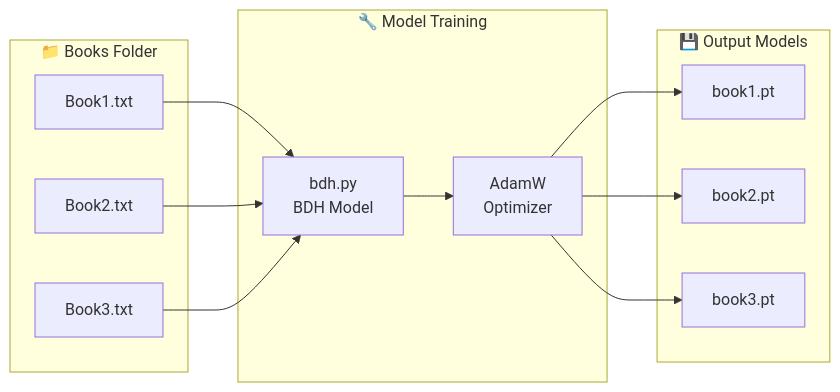
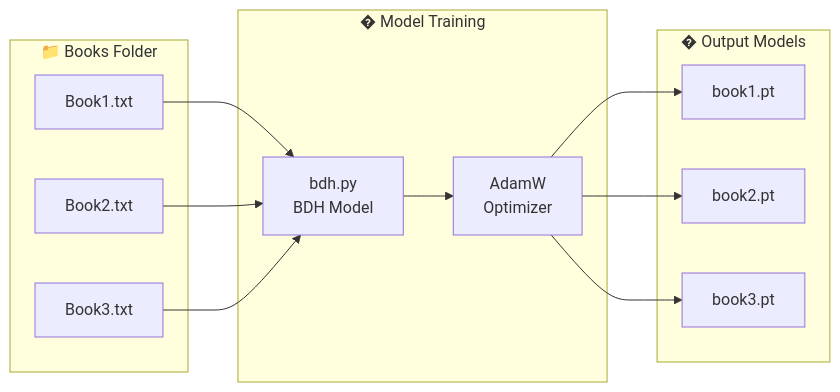
One commit to knalins/kgp_hackathon_dvnkr changed the second of 5 diagrams in README.md. Above: the diagram before and after it, drawn with Mermaid. The commit also changed other lines of this file, not shown here.

````diff
--- a/README.md
+++ b/README.md
@@ -5,27 +62,27 @@
 ```mermaid
 flowchart LR
     subgraph Books["📁 Books Folder"]
         B1[Book1.txt]
         B2[Book2.txt]
         B3[Book3.txt]
     end
 
-    subgraph Training["🔧 Model Training"]
+    subgraph Training["� Model Training"]
         BDH[bdh.py<br/>BDH Model]
         OPT[AdamW<br/>Optimizer]
     end
 
-    subgraph Output["💾 Output Models"]
+    subgraph Output["� Output Models"]
         M1[book1.pt]
         M2[book2.pt]
         M3[book3.pt]
     end
 
     B1 --> BDH
     B2 --> BDH
     B3 --> BDH
     BDH --> OPT
     OPT --> M1
     OPT --> M2
     OPT --> M3
 ```
````
